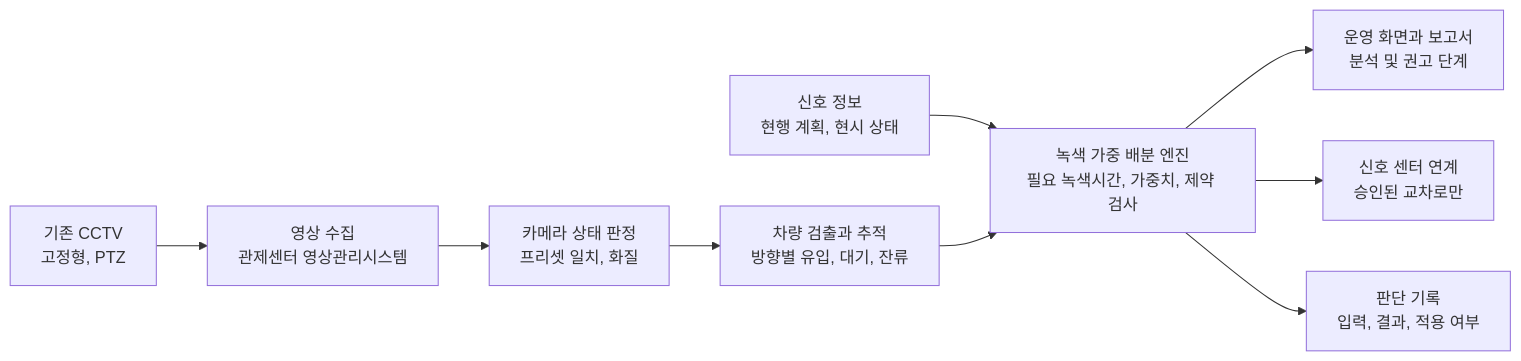
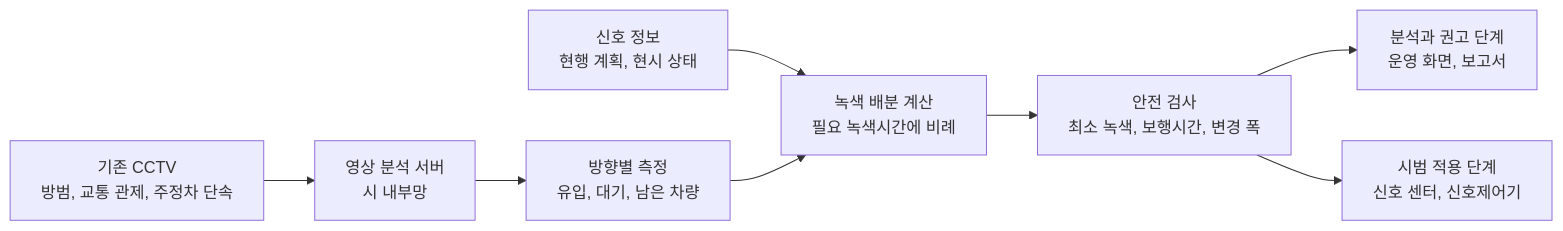
The first of 2 diagrams in README.md (ukj-luke/sisilji_traffic), drawn with Mermaid before and after one commit. The commit also changed other lines of this file and 2 other files, not shown here.

````diff
--- a/README.md
+++ b/README.md
@@ -153,11 +89,10 @@
 ```mermaid
 flowchart LR
-    A["기존 CCTV<br/>고정형, PTZ"] --> B["영상 수집<br/>관제센터 영상관리시스템"]
-    B --> C["카메라 상태 판정<br/>프리셋 일치, 화질"]
-    C --> D["차량 검출과 추적<br/>방향별 유입, 대기, 잔류"]
-    S["신호 정보<br/>현행 계획, 현시 상태"] --> E
-    D --> E["녹색 가중 배분 엔진<br/>필요 녹색시간, 가중치, 제약 검사"]
-    E --> F["운영 화면과 보고서<br/>분석 및 권고 단계"]
-    E --> G["신호 센터 연계<br/>승인된 교차로만"]
-    E --> H["판단 기록<br/>입력, 결과, 적용 여부"]
+    A["기존 CCTV<br/>방범, 교통 관제, 주정차 단속"] --> B["영상 분석 서버<br/>시 내부망"]
+    B --> C["방향별 측정<br/>유입, 대기, 남은 차량"]
+    S["신호 정보<br/>현행 계획, 현시 상태"] --> D
+    C --> D["녹색 배분 계산<br/>필요 녹색시간에 비례"]
+    D --> E["안전 검사<br/>최소 녹색, 보행시간, 변경 폭"]
+    E --> F["분석과 권고 단계<br/>운영 화면, 보고서"]
+    E --> G["시범 적용 단계<br/>신호 센터, 신호제어기"]
 ```
````
